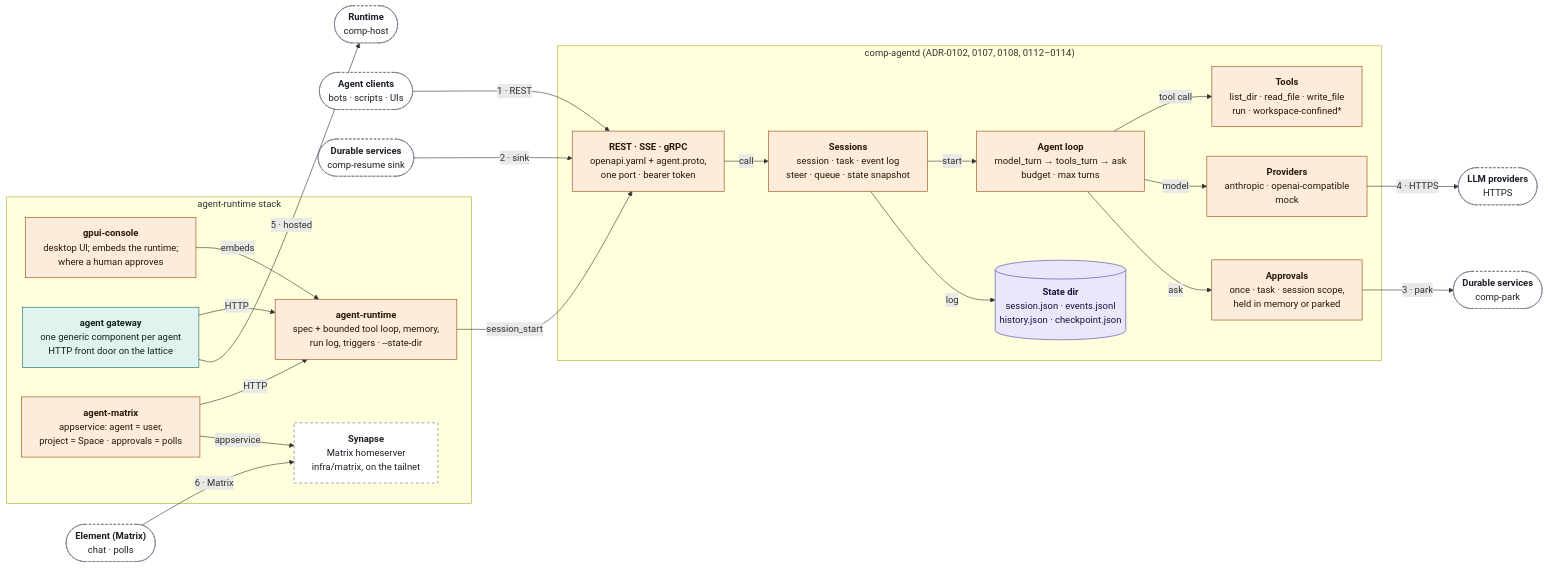
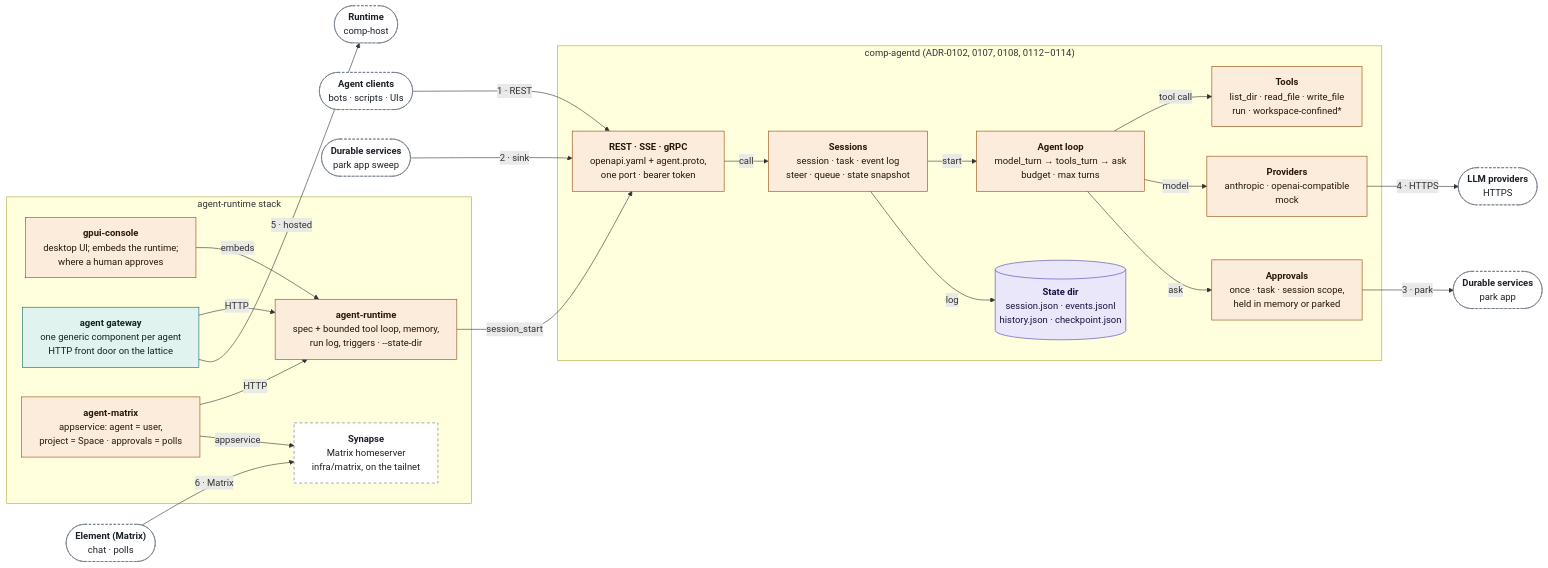
Before and after one commit to markkovari/holon: the eighth of 11 diagrams in docs/ARCHITECTURE.md, drawn with Mermaid. The commit also changed other lines of this file and 59 other files, not shown here.

First line of the commit message:
feat(components): the free LLM queue and park are components — holon-llmbatch, comp-park and comp-resume are deleted (#534)

````diff
--- a/docs/ARCHITECTURE.md
+++ b/docs/ARCHITECTURE.md
@@ -533,50 +528,50 @@
 ```mermaid
 %%{init: {"flowchart": {"wrappingWidth": 360}}}%%
 flowchart LR
   classDef wasm fill:#e1f3ef,stroke:#0a6a5f,color:#10231f
   classDef native fill:#fbecdc,stroke:#954709,color:#2b1704
   classDef store fill:#eae7fa,stroke:#4a3fb0,color:#17123f
   classDef actor fill:#e4ebf7,stroke:#2a4977,color:#0f1d33
   classDef spec fill:#eef1f5,stroke:#465160,color:#1b2028
   classDef ext fill:#ffffff,stroke:#667180,color:#1b2028,stroke-dasharray:5 4
   classDef ghost fill:#ffffff,stroke:#667180,color:#1b2028,stroke-dasharray:4 3
   subgraph grp_ad["comp-agentd (ADR-0102, 0107, 0108, 0112–0114)"]
     n_tools["<b>Tools</b><br/>list_dir · read_file · write_file<br/>run · workspace-confined*"]:::native
     n_api["<b>REST · SSE · gRPC</b><br/>openapi.yaml + agent.proto,<br/>one port · bearer token"]:::native
     n_sess["<b>Sessions</b><br/>session · task · event log<br/>steer · queue · state snapshot"]:::native
     n_loop["<b>Agent loop</b><br/>model_turn → tools_turn → ask<br/>budget · max turns"]:::native
     n_prov["<b>Providers</b><br/>anthropic · openai-compatible<br/>mock"]:::native
     n_disk[("<b>State dir</b><br/>session.json · events.jsonl<br/>history.json · checkpoint.json")]:::store
     n_appr["<b>Approvals</b><br/>once · task · session scope,<br/>held in memory or parked"]:::native
   end
   subgraph grp_ar["agent-runtime stack"]
     n_gpui["<b>gpui-console</b><br/>desktop UI; embeds the runtime;<br/>where a human approves"]:::native
     n_rt["<b>agent-runtime</b><br/>spec + bounded tool loop, memory,<br/>run log, triggers · --state-dir"]:::native
     n_gw["<b>agent gateway</b><br/>one generic component per agent<br/>HTTP front door on the lattice"]:::wasm
     n_syn["<b>Synapse</b><br/>Matrix homeserver<br/>infra/matrix, on the tailnet"]:::ext
     n_mx["<b>agent-matrix</b><br/>appservice: agent = user,<br/>project = Space · approvals = polls"]:::native
   end
   n_g_cl(["<b>Agent clients</b><br/>bots · scripts · UIs"]):::ghost
-  n_g_res(["<b>Durable services</b><br/>comp-resume sink"]):::ghost
-  n_g_park(["<b>Durable services</b><br/>comp-park"]):::ghost
+  n_g_res(["<b>Durable services</b><br/>park app sweep"]):::ghost
+  n_g_park(["<b>Durable services</b><br/>park app"]):::ghost
   n_g_llm(["<b>LLM providers</b><br/>HTTPS"]):::ghost
   n_g_run(["<b>Runtime</b><br/>comp-host"]):::ghost
   n_g_el(["<b>Element (Matrix)</b><br/>chat · polls"]):::ghost
   n_api -- "call" --> n_sess
   n_sess -- "start" --> n_loop
   n_loop -- "tool call" --> n_tools
   n_loop -- "model" --> n_prov
   n_loop -- "ask" --> n_appr
   n_sess -- "log" --> n_disk
   n_gpui -- "embeds" --> n_rt
   n_gw -- "HTTP" --> n_rt
   n_mx -- "HTTP" --> n_rt
   n_mx -- "appservice" --> n_syn
   n_rt -- "session_start" --> n_api
   n_g_cl -- "1 · REST" --> n_api
   n_g_res -- "2 · sink" --> n_api
   n_appr -- "3 · park" --> n_g_park
   n_prov -- "4 · HTTPS" --> n_g_llm
   n_gw -- "5 · hosted" --> n_g_run
   n_g_el -- "6 · Matrix" --> n_syn
 ```
````
